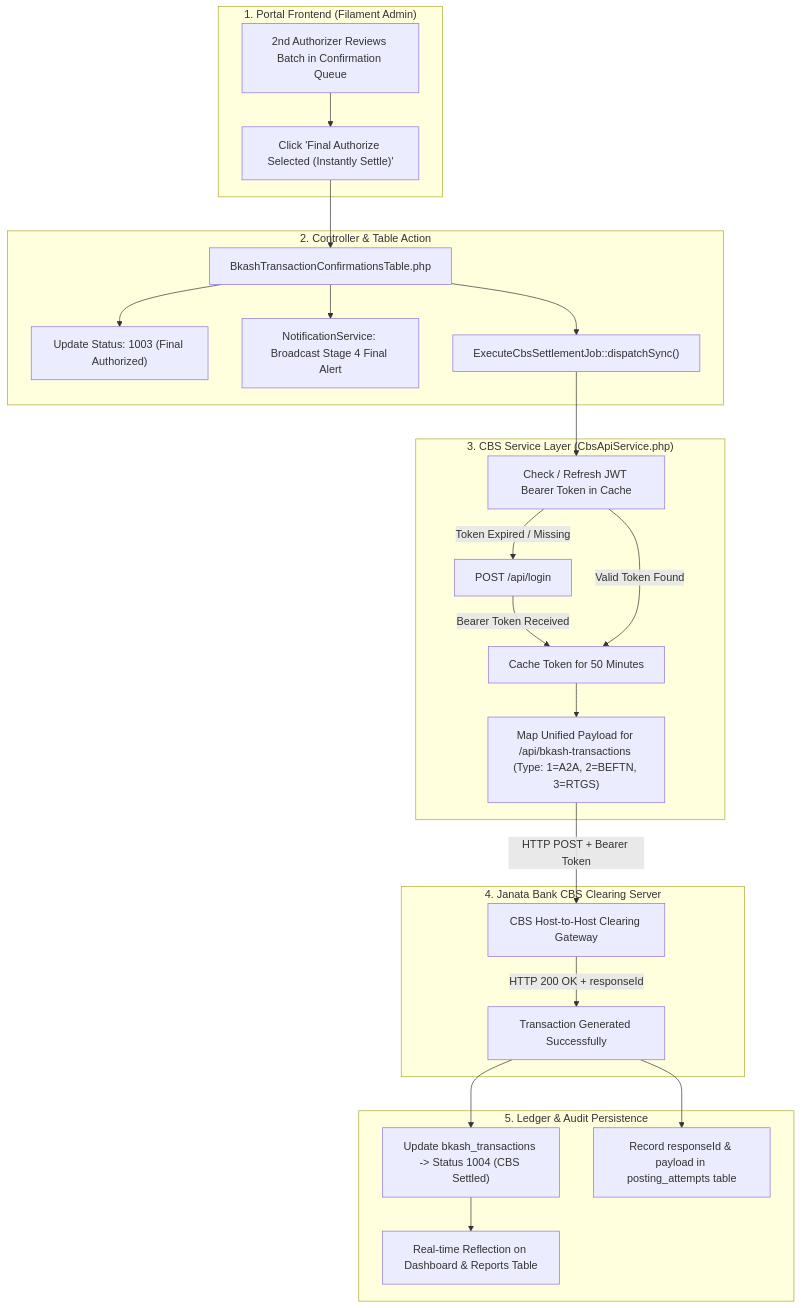
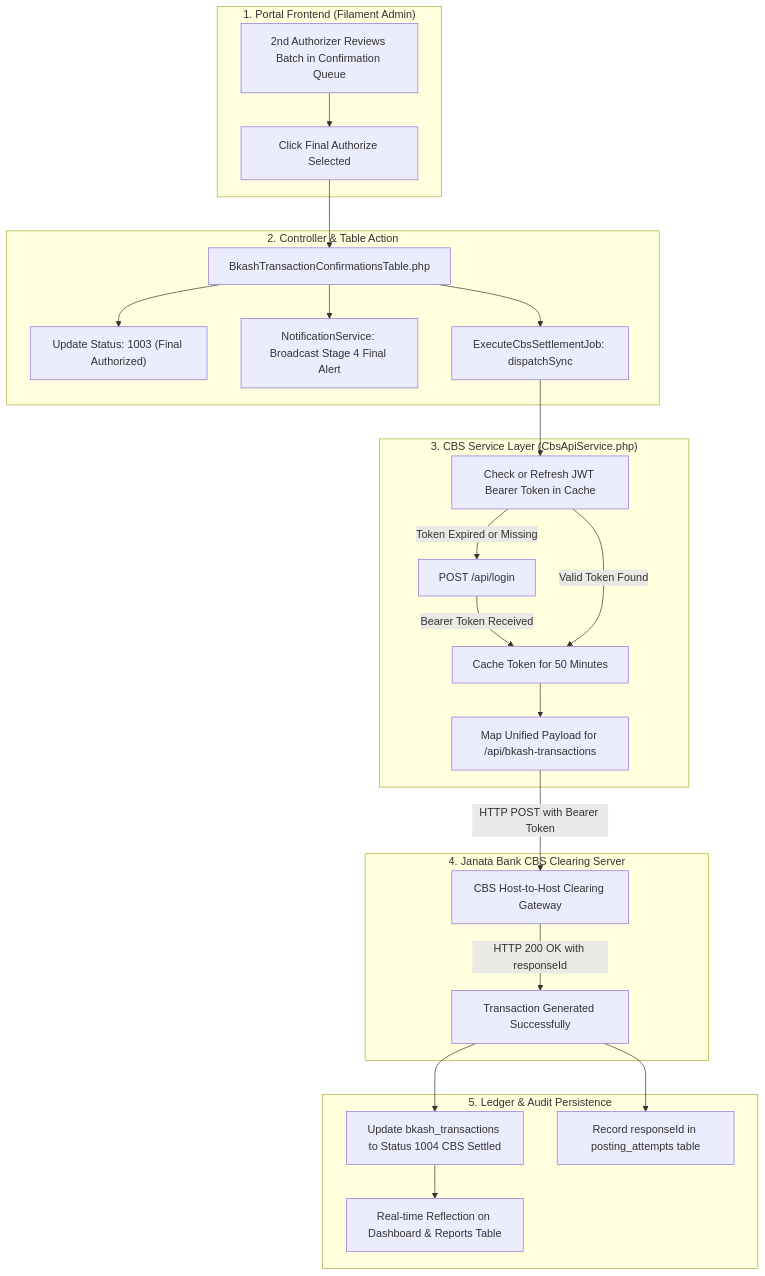
Before and after one commit to syedarifulislamemon2010/jb-corporate---bkash: the second of 6 diagrams in README.md, drawn with Mermaid. The commit also changed other lines of this file and 5 other files, not shown here.

Commit message:
Fix Mermaid flowchart syntax and generate screenshot mockups

````diff
--- a/README.md
+++ b/README.md
@@ -186,32 +186,32 @@
 ```mermaid
 flowchart TD
     subgraph UI ["1. Portal Frontend (Filament Admin)"]
-        A["2nd Authorizer Reviews Batch in Confirmation Queue"] --> B["Click 'Final Authorize Selected (Instantly Settle)'"]
+        A["2nd Authorizer Reviews Batch in Confirmation Queue"] --> B["Click Final Authorize Selected"]
     end
 
     subgraph Controller ["2. Controller & Table Action"]
         B --> C["BkashTransactionConfirmationsTable.php"]
         C --> D["Update Status: 1003 (Final Authorized)"]
         C --> E["NotificationService: Broadcast Stage 4 Final Alert"]
-        C --> F["ExecuteCbsSettlementJob::dispatchSync()"]
+        C --> F["ExecuteCbsSettlementJob: dispatchSync"]
     end
 
     subgraph Service ["3. CBS Service Layer (CbsApiService.php)"]
-        F --> G["Check / Refresh JWT Bearer Token in Cache"]
-        G -->|Token Expired / Missing| H["POST /api/login"]
+        F --> G["Check or Refresh JWT Bearer Token in Cache"]
+        G -->|Token Expired or Missing| H["POST /api/login"]
         H -->|Bearer Token Received| I["Cache Token for 50 Minutes"]
         G -->|Valid Token Found| I
-        I --> J["Map Unified Payload for /api/bkash-transactions (Type: 1=A2A, 2=BEFTN, 3=RTGS)"]
+        I --> J["Map Unified Payload for /api/bkash-transactions"]
     end
 
     subgraph BankServer ["4. Janata Bank CBS Clearing Server"]
-        J -->|HTTP POST + Bearer Token| K["CBS Host-to-Host Clearing Gateway"]
-        K -->|HTTP 200 OK + responseId| L["Transaction Generated Successfully"]
+        J -->|HTTP POST with Bearer Token| K["CBS Host-to-Host Clearing Gateway"]
+        K -->|HTTP 200 OK with responseId| L["Transaction Generated Successfully"]
     end
 
     subgraph Database ["5. Ledger & Audit Persistence"]
-        L --> M["Update bkash_transactions -> Status 1004 (CBS Settled)"]
-        L --> N["Record responseId & payload in posting_attempts table"]
+        L --> M["Update bkash_transactions to Status 1004 CBS Settled"]
+        L --> N["Record responseId in posting_attempts table"]
         M --> O["Real-time Reflection on Dashboard & Reports Table"]
     end
 ```
````
